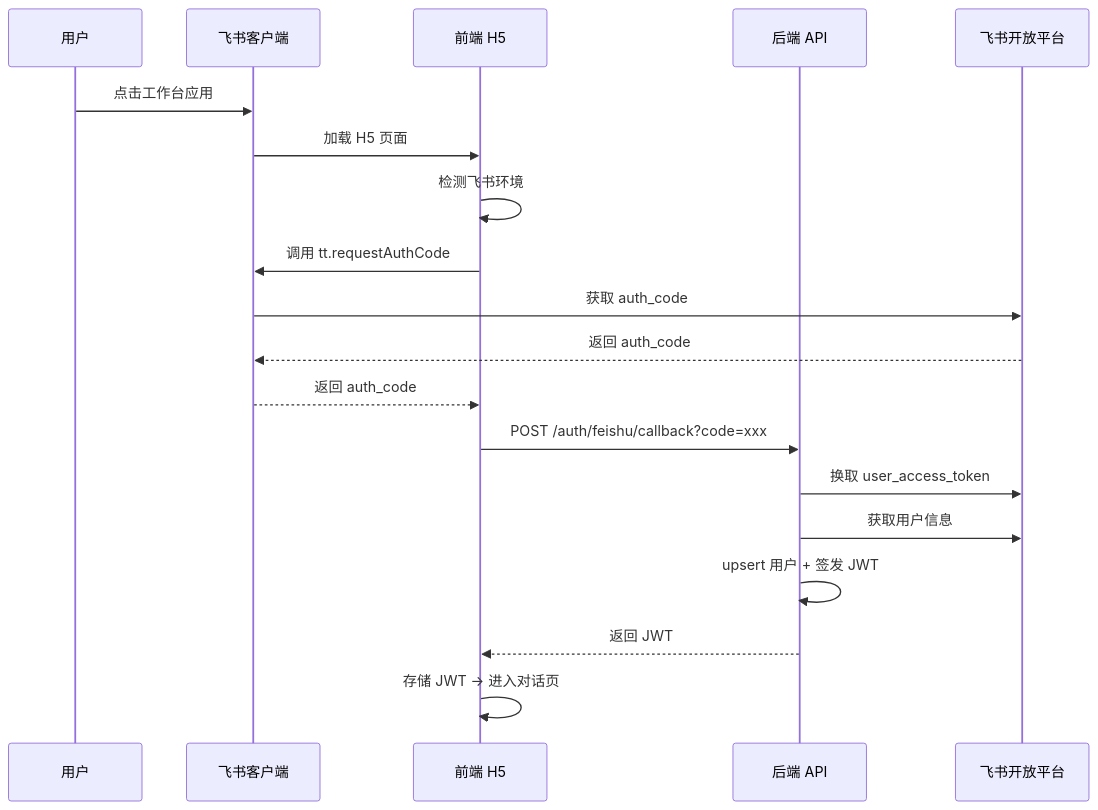
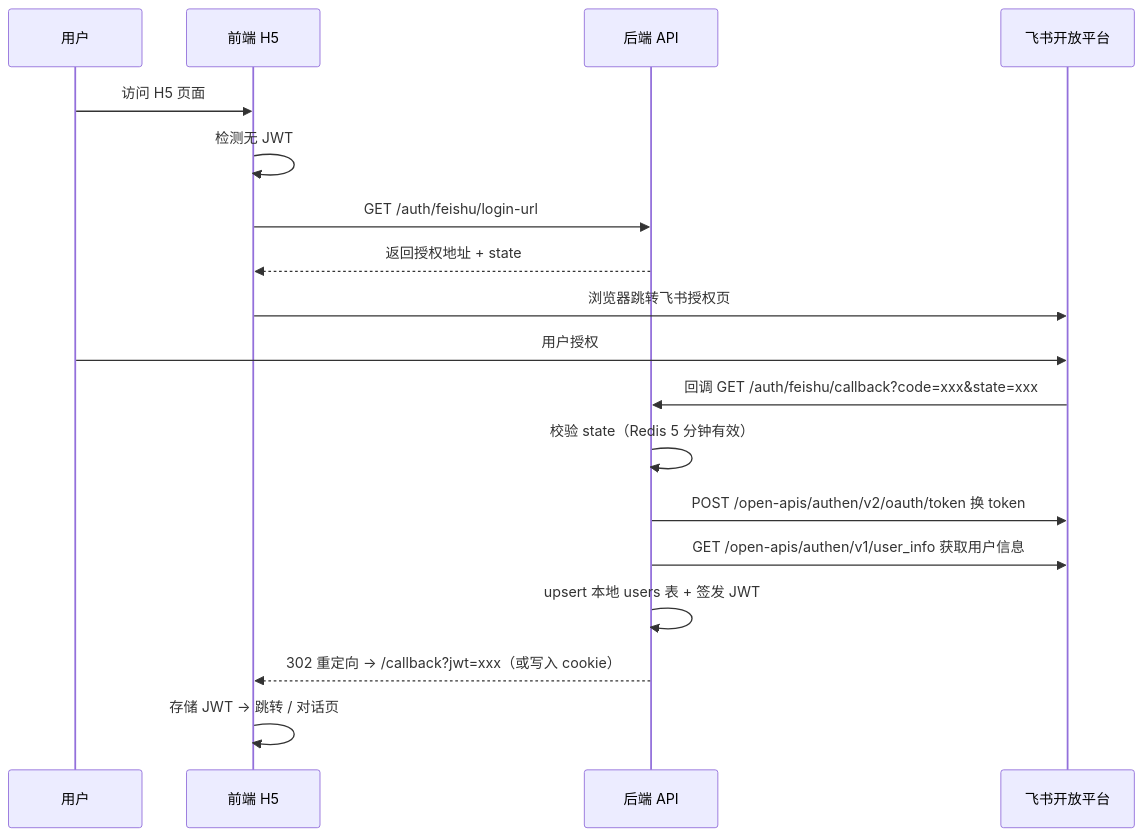
The diagram in docs/frontend/前端技术方案设计.md (pretextQ/admin-agent), drawn with Mermaid before and after one commit. The commit also changed other lines of this file, not shown here.

````diff
--- a/docs/frontend/前端技术方案设计.md
+++ b/docs/frontend/前端技术方案设计.md
@@ -228,22 +233,21 @@
 ```mermaid
 sequenceDiagram
     participant U as 用户
-    participant F as 飞书客户端
     participant H5 as 前端 H5
     participant B as 后端 API
     participant FS as 飞书开放平台
 
-    U->>F: 点击工作台应用
-    F->>H5: 加载 H5 页面
-    H5->>H5: 检测飞书环境
-    H5->>F: 调用 tt.requestAuthCode
-    F->>FS: 获取 auth_code
-    FS-->>F: 返回 auth_code
-    F-->>H5: 返回 auth_code
-    H5->>B: POST /auth/feishu/callback?code=xxx
-    B->>FS: 换取 user_access_token
-    B->>FS: 获取用户信息
-    B->>B: upsert 用户 + 签发 JWT
-    B-->>H5: 返回 JWT
-    H5->>H5: 存储 JWT → 进入对话页
+    U->>H5: 访问 H5 页面
+    H5->>H5: 检测无 JWT
+    H5->>B: GET /auth/feishu/login-url
+    B-->>H5: 返回授权地址 + state
+    H5->>FS: 浏览器跳转飞书授权页
+    U->>FS: 用户授权
+    FS->>B: 回调 GET /auth/feishu/callback?code=xxx&state=xxx
+    B->>B: 校验 state（Redis 5 分钟有效）
+    B->>FS: POST /open-apis/authen/v2/oauth/token 换 token
+    B->>FS: GET /open-apis/authen/v1/user_info 获取用户信息
+    B->>B: upsert 本地 users 表 + 签发 JWT
+    B-->>H5: 302 重定向 → /callback?jwt=xxx（或写入 cookie）
+    H5->>H5: 存储 JWT → 跳转 / 对话页
 ```
````
